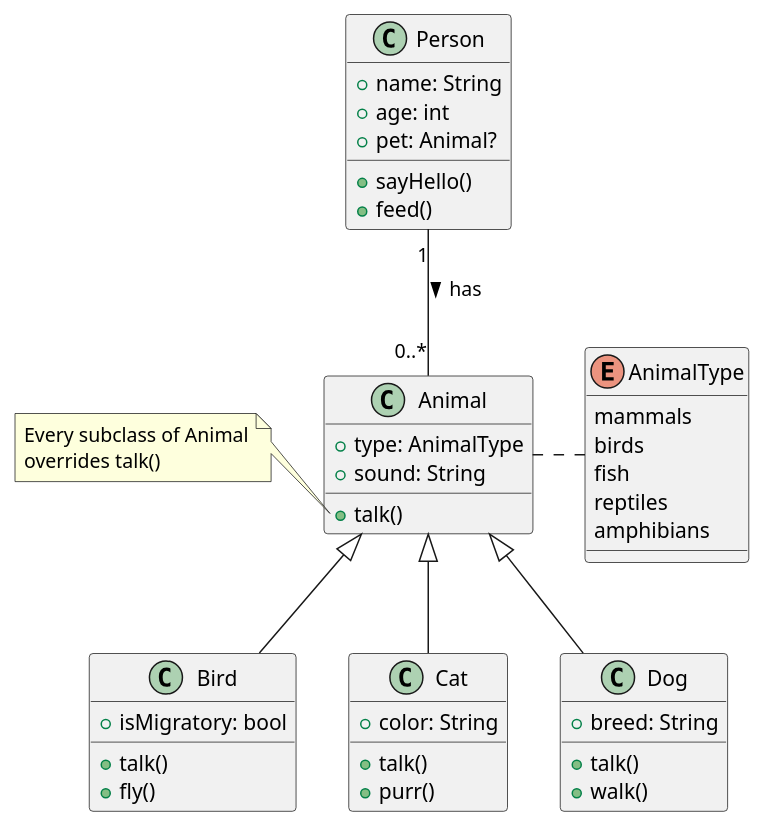
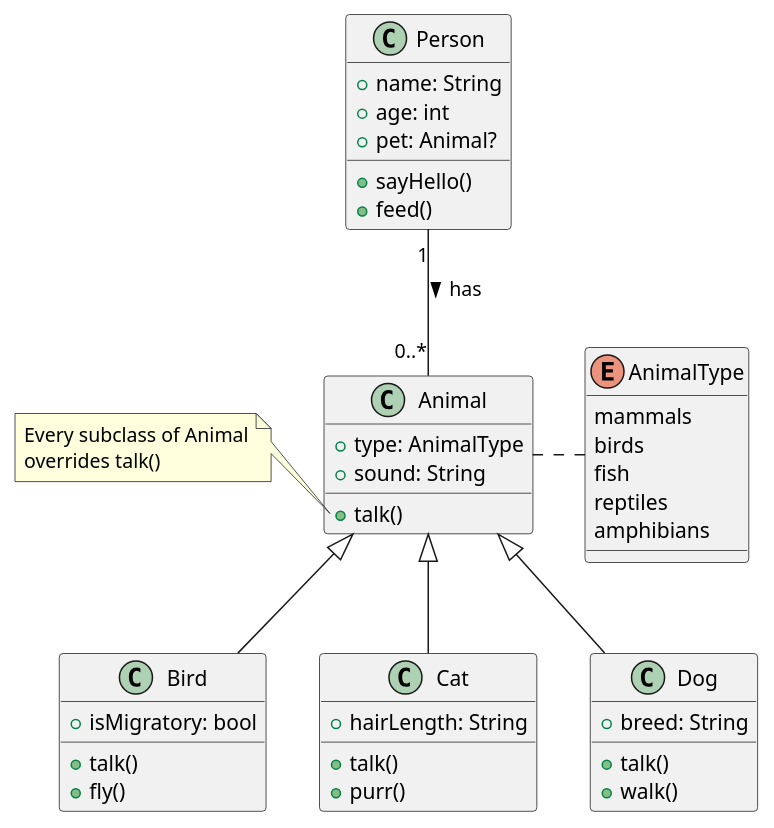
Before and after one commit to SeSAC-Flutter-6/learn_dart_together: the diagram in lib/04_inheritance/animal/animal.wsd, drawn with PlantUML. The commit also changed 5 other files, not shown here.

```diff
--- a/lib/04_inheritance/animal/animal.wsd
+++ b/lib/04_inheritance/animal/animal.wsd
@@ -1,60 +1,60 @@
 @startuml animal
 
 class Animal {
   + type: AnimalType
   + sound: String
 
   + talk()
 }
 
 enum AnimalType {
   mammals
   birds
   fish
   reptiles
   amphibians
 }
 
 class Bird {
   + isMigratory: bool
 
   + talk()
   + fly()
 }
 
 class Cat {
-  + color: String
+  + hairLength: String
 
   + talk()
   + purr()
 }
 
 class Dog {
   + breed: String
 
   + talk()
   + walk()
 }
 
 class Person {
   + name: String
   + age: int
   + pet: Animal?
 
   + sayHello()
   + feed()
 }
 
 Animal <|-- Bird
 Animal <|-- Cat
 Animal <|-- Dog
 Animal -right.. AnimalType
 
 Person "1" -- "0..*" Animal : has >
 
 note left of Animal::talk
   Every subclass of Animal
   overrides talk()
 end note
 
 @enduml
```
